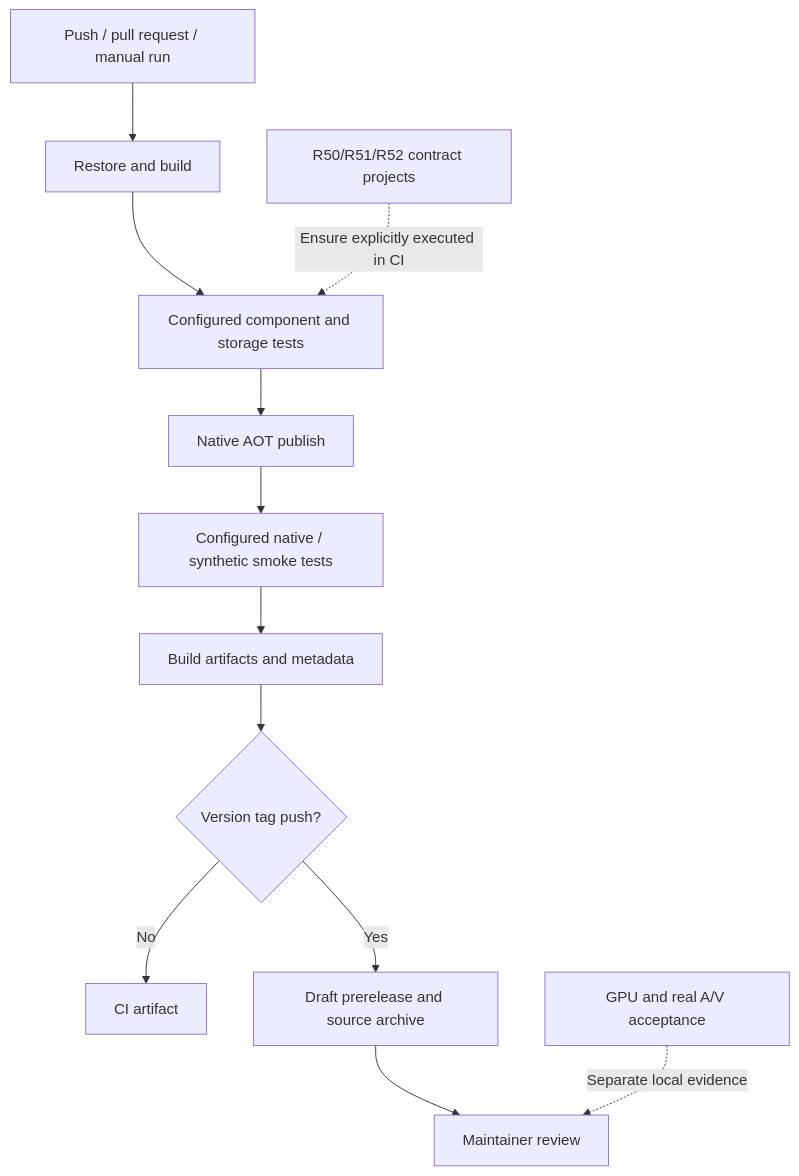
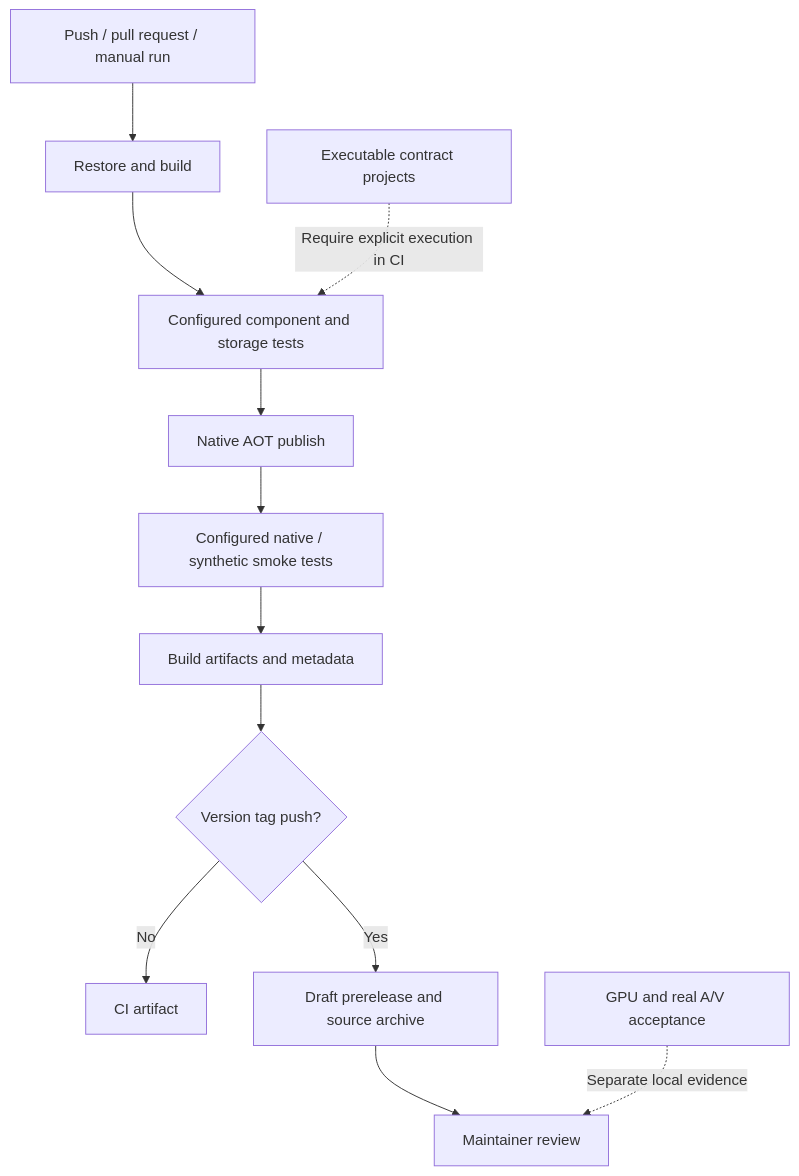
Before and after one commit to DBWilliamEngineering/IraRationis: diagram 33 of 41 in docs/ARCHITECTURE-ATLAS.md, drawn with Mermaid. The commit also changed other lines of this file and 14 other files, not shown here.

````diff
--- a/docs/ARCHITECTURE-ATLAS.md
+++ b/docs/ARCHITECTURE-ATLAS.md
@@ -704,14 +720,14 @@
 ```mermaid
 flowchart TD
     P["Push / pull request / manual run"] --> B["Restore and build"]
     B --> C["Configured component and storage tests"]
     C --> A["Native AOT publish"]
     A --> S["Configured native / synthetic smoke tests"]
     S --> Z["Build artifacts and metadata"]
     Z --> T{"Version tag push?"}
     T -->|No| E["CI artifact"]
     T -->|Yes| R["Draft prerelease and source archive"]
     R --> H["Maintainer review"]
-    X["R50/R51/R52 contract projects"] -.->|Ensure explicitly executed in CI| C
+    X["Executable contract projects"] -.->|Require explicit execution in CI| C
     G["GPU and real A/V acceptance"] -.->|Separate local evidence| H
 ```
````
